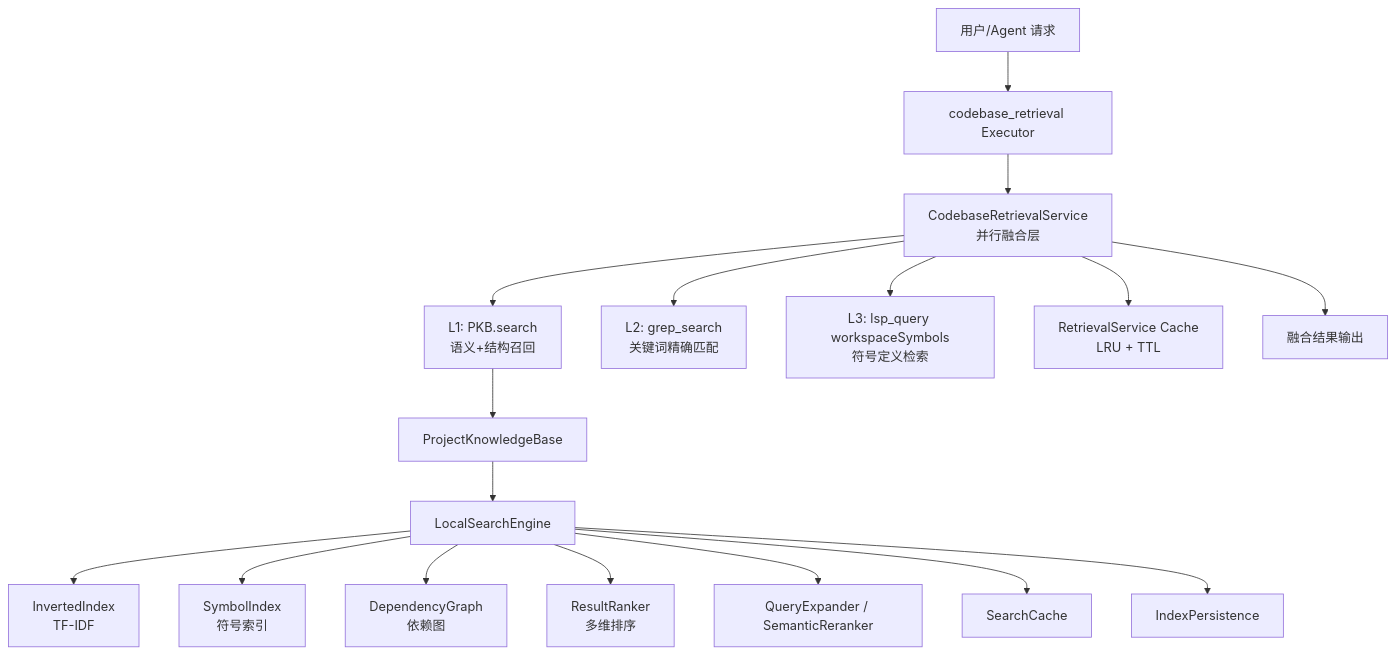
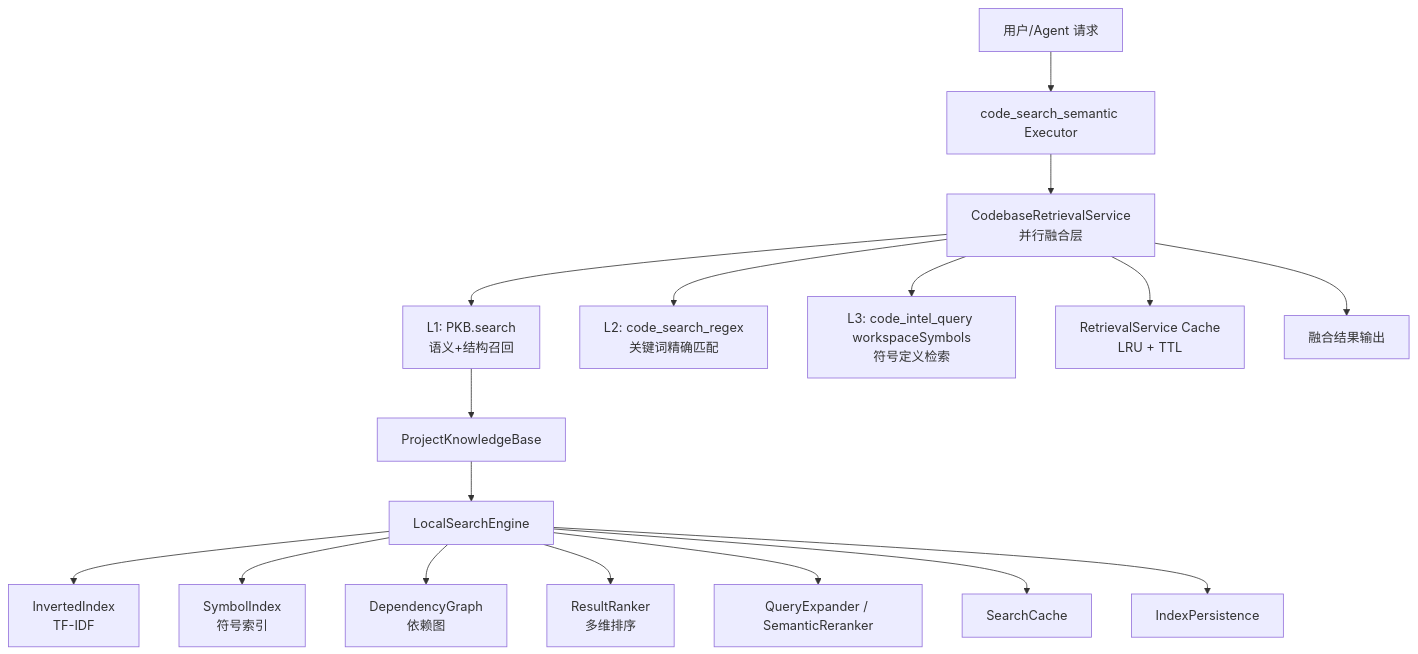
The first of 2 diagrams in docs/LOCAL_INDEX_DESIGN.md (MistRipple/magi-code), drawn with Mermaid before and after one commit. The commit also changed other lines of this file and 93 other files, not shown here.

````diff
--- a/docs/LOCAL_INDEX_DESIGN.md
+++ b/docs/LOCAL_INDEX_DESIGN.md
@@ -18,23 +18,23 @@
 ```mermaid
 flowchart TB
-    U[用户/Agent 请求] --> E[codebase_retrieval Executor]
+    U[用户/Agent 请求] --> E[code_search_semantic Executor]
     E --> S[CodebaseRetrievalService\n并行融合层]
 
     S --> L1[L1: PKB.search\n语义+结构召回]
-    S --> L2[L2: grep_search\n关键词精确匹配]
-    S --> L3[L3: lsp_query workspaceSymbols\n符号定义检索]
+    S --> L2[L2: code_search_regex\n关键词精确匹配]
+    S --> L3[L3: code_intel_query workspaceSymbols\n符号定义检索]
 
     L1 --> P[ProjectKnowledgeBase]
     P --> SE[LocalSearchEngine]
 
     SE --> I1[InvertedIndex\nTF-IDF]
     SE --> I2[SymbolIndex\n符号索引]
     SE --> I3[DependencyGraph\n依赖图]
     SE --> R[ResultRanker\n多维排序]
     SE --> Q[QueryExpander / SemanticReranker]
     SE --> C1[SearchCache]
     SE --> PERSIST[IndexPersistence]
 
     S --> C2[RetrievalService Cache\nLRU + TTL]
     S --> OUT[融合结果输出]
 ```
````
